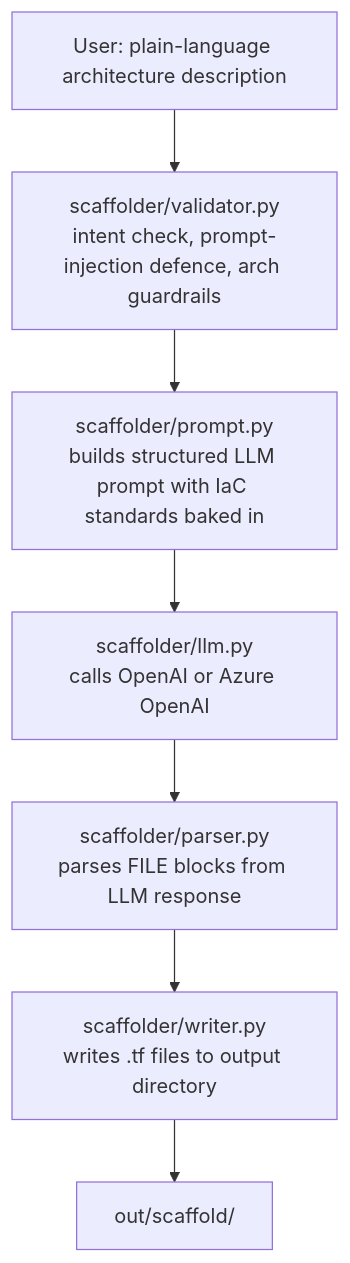
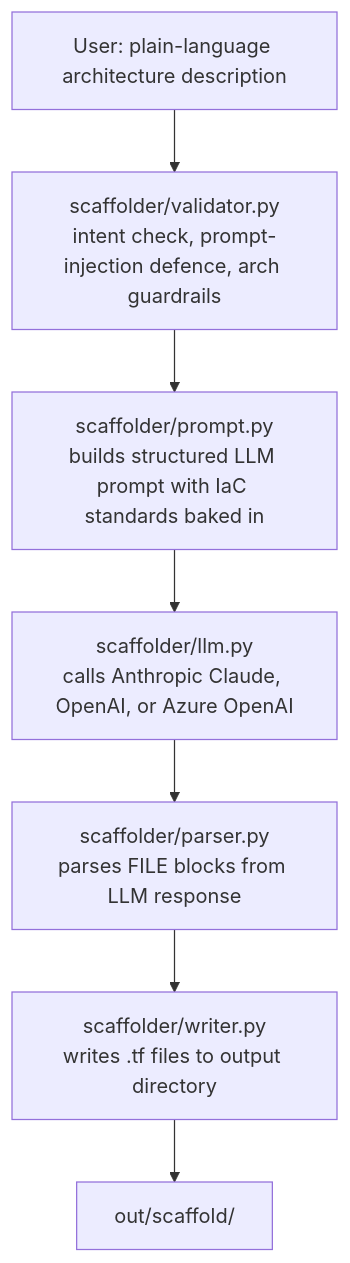
Before and after one commit to JamesIOmete/tf-scaffold-ai: the diagram in README.md, drawn with Mermaid. The commit also changed other lines of this file and 3 other files, not shown here.

Commit message:
feat: add Anthropic Claude backend as priority LLM provider

````diff
--- a/README.md
+++ b/README.md
@@ -14,12 +16,12 @@
 ```mermaid
 flowchart TD
     USER["User: plain-language architecture description"]
     VALIDATOR["scaffolder/validator.py\nintent check, prompt-injection defence, arch guardrails"]
     PROMPT["scaffolder/prompt.py\nbuilds structured LLM prompt with IaC standards baked in"]
-    LLM["scaffolder/llm.py\ncalls OpenAI or Azure OpenAI"]
+    LLM["scaffolder/llm.py\ncalls Anthropic Claude, OpenAI, or Azure OpenAI"]
     PARSER["scaffolder/parser.py\nparses FILE blocks from LLM response"]
     WRITER["scaffolder/writer.py\nwrites .tf files to output directory"]
     OUT["out/scaffold/"]
 
     USER --> VALIDATOR --> PROMPT --> LLM --> PARSER --> WRITER --> OUT
 ```
````
